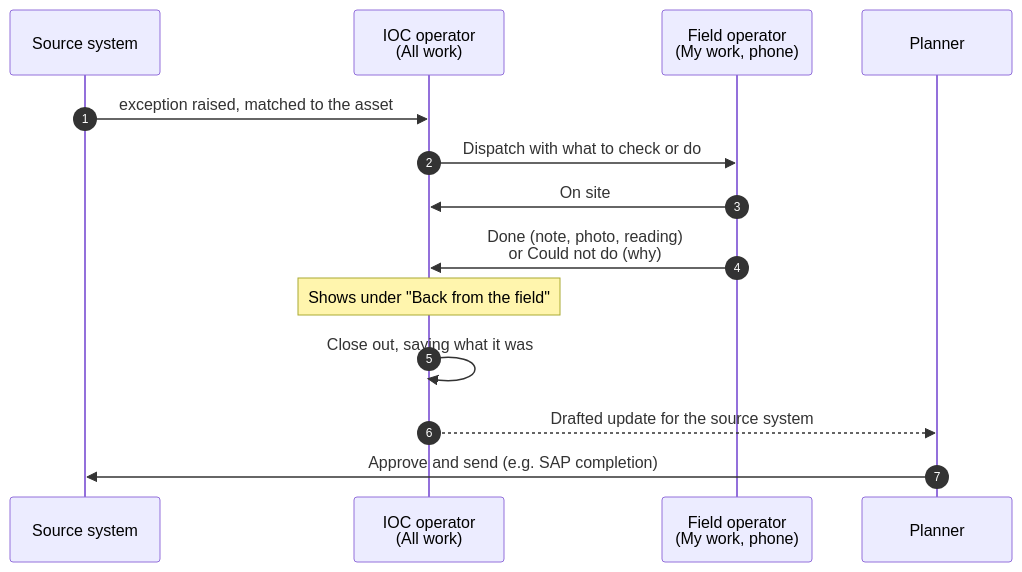
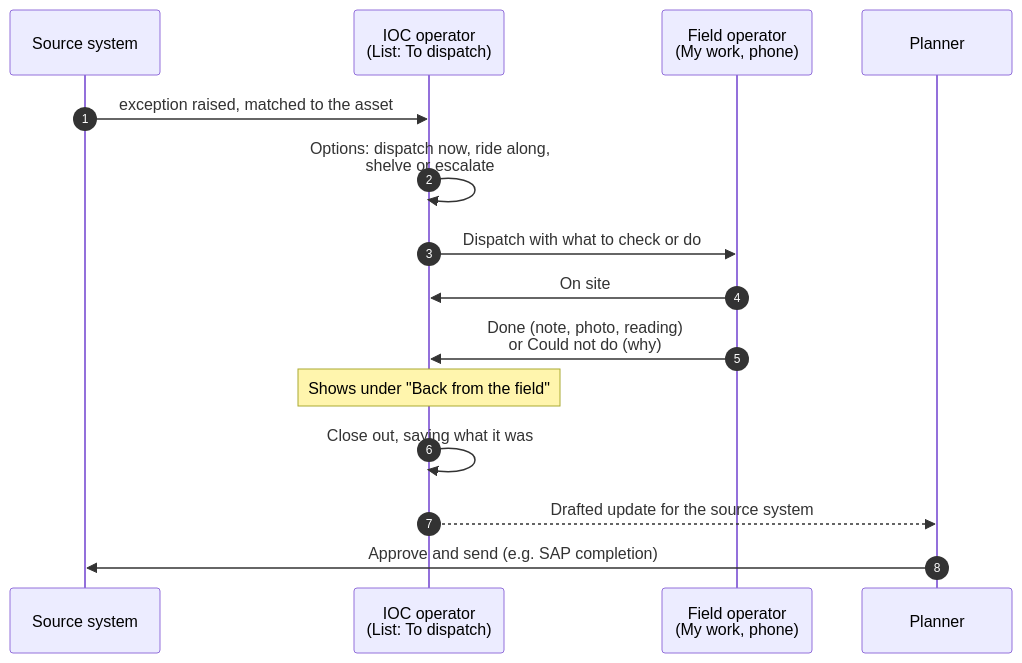
The third of 5 diagrams in docs/work-routing.md (areed145/fuzer), drawn with Mermaid before and after one commit. The commit also changed other lines of this file and 12 other files, not shown here.

````diff
--- a/docs/work-routing.md
+++ b/docs/work-routing.md
@@ -105,16 +181,17 @@
 ```mermaid
 sequenceDiagram
   autonumber
   participant Src as Source system
-  participant IOC as IOC operator<br>(All work)
+  participant IOC as IOC operator<br>(List: To dispatch)
   participant Fld as Field operator<br>(My work, phone)
   participant Pln as Planner
   Src->>IOC: exception raised, matched to the asset
+  IOC->>IOC: Options: dispatch now, ride along,<br>shelve or escalate
   IOC->>Fld: Dispatch with what to check or do
   Fld->>IOC: On site
   Fld->>IOC: Done (note, photo, reading)<br>or Could not do (why)
   Note over IOC: Shows under "Back from the field"
   IOC->>IOC: Close out, saying what it was
   IOC-->>Pln: Drafted update for the source system
   Pln->>Src: Approve and send (e.g. SAP completion)
 ```
````
